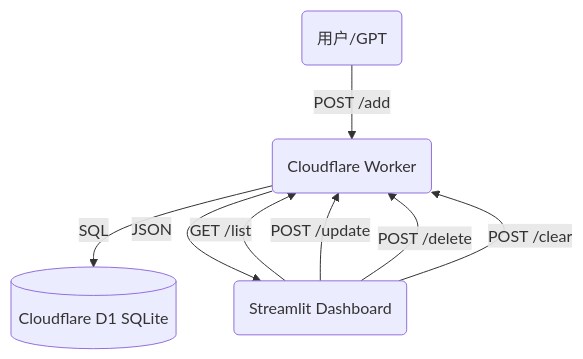
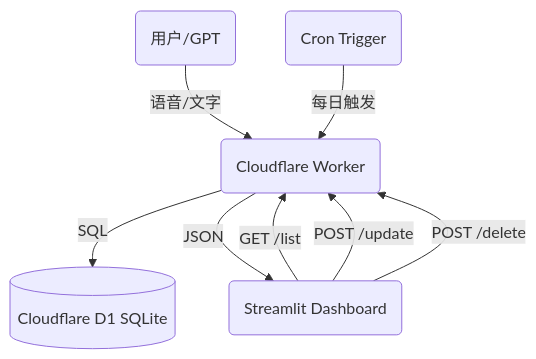
The diagram in README.md (showbox88/GTPinput), drawn with Mermaid before and after one commit. The commit also changed other lines of this file and 1 other file, not shown here.

````diff
--- a/README.md
+++ b/README.md
@@ -28,12 +31,13 @@
 ```mermaid
 graph TD
-    User(用户/GPT) -->|POST /add| API(Cloudflare Worker)
+    User(用户/GPT) -->|语音/文字| API(Cloudflare Worker)
+    Cron(Cron Trigger) -->|每日触发| API
+    
     API -->|SQL| DB[(Cloudflare D1 SQLite)]
     
     Streamlit(Streamlit Dashboard) -->|GET /list| API
     Streamlit -->|POST /update| API
     Streamlit -->|POST /delete| API
-    Streamlit -->|POST /clear| API
     
     API -->|JSON| Streamlit
 ```
````
